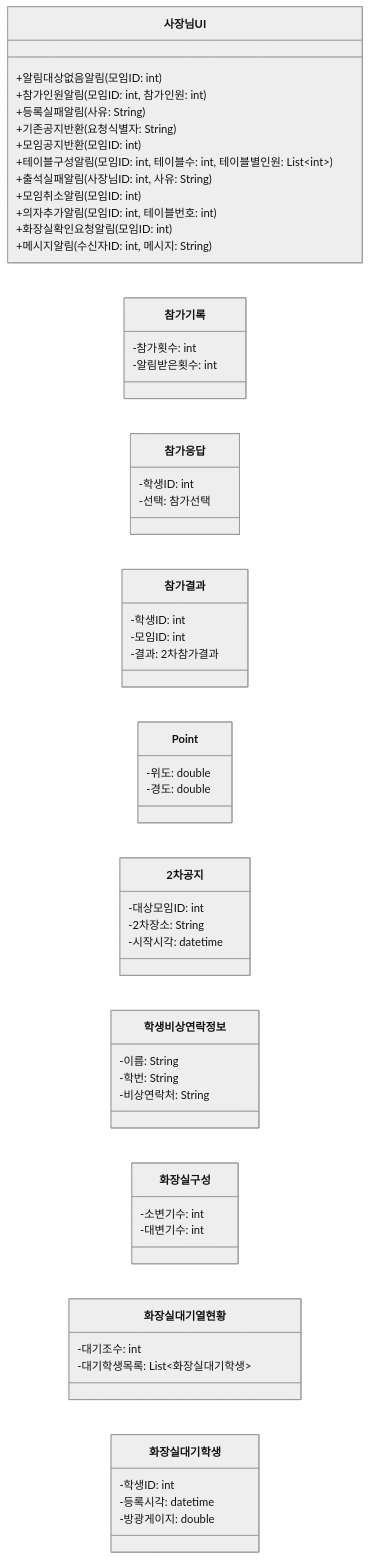
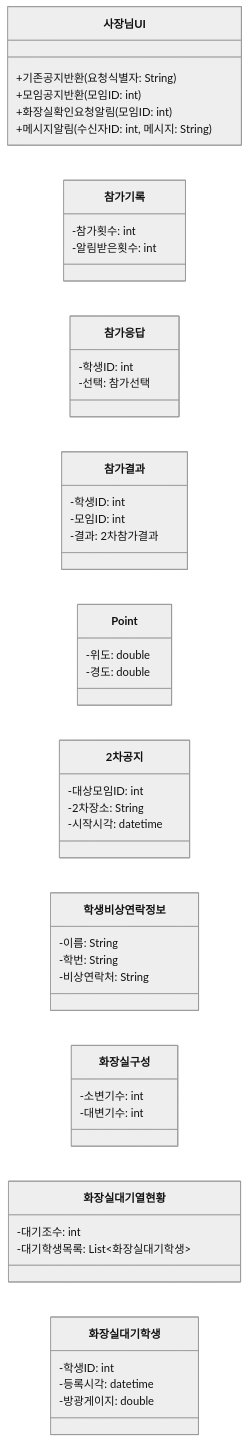
Before and after one commit to hojae3/sw-engineering-16: the tenth of 12 diagrams in class-diagram/class-diagram.md, drawn with Mermaid (neutral theme). The commit also changed other lines of this file and 19 other files, not shown here.

````diff
--- a/class-diagram/class-diagram.md
+++ b/class-diagram/class-diagram.md
@@ -783,57 +783,50 @@
 ```mermaid
 classDiagram
     direction LR
     class OwnerUI["사장님UI"] {
-        +알림대상없음알림(모임ID: int)
-        +참가인원알림(모임ID: int, 참가인원: int)
-        +등록실패알림(사유: String)
         +기존공지반환(요청식별자: String)
         +모임공지반환(모임ID: int)
-        +테이블구성알림(모임ID: int, 테이블수: int, 테이블별인원: List~int~)
-        +출석실패알림(사장님ID: int, 사유: String)
-        +모임취소알림(모임ID: int)
-        +의자추가알림(모임ID: int, 테이블번호: int)
         +화장실확인요청알림(모임ID: int)
         +메시지알림(수신자ID: int, 메시지: String)
     }
     class ParticipationRecord["참가기록"] {
         -참가횟수: int
         -알림받은횟수: int
     }
     class ParticipationResponse["참가응답"] {
         -학생ID: int
         -선택: 참가선택
     }
     class ParticipationResult["참가결과"] {
         -학생ID: int
         -모임ID: int
         -결과: 2차참가결과
     }
     class Point["Point"] {
         -위도: double
         -경도: double
     }
     class SecondNotice["2차공지"] {
         -대상모임ID: int
         -2차장소: String
         -시작시각: datetime
     }
     class StudentEmergencyContact["학생비상연락정보"] {
         -이름: String
         -학번: String
         -비상연락처: String
     }
     class ToiletConfig["화장실구성"] {
         -소변기수: int
         -대변기수: int
     }
     class ToiletQueueStatus["화장실대기열현황"] {
         -대기조수: int
         -대기학생목록: List~화장실대기학생~
     }
     class ToiletWaitStudent["화장실대기학생"] {
         -학생ID: int
         -등록시각: datetime
         -방광게이지: double
     }
 ```
````
